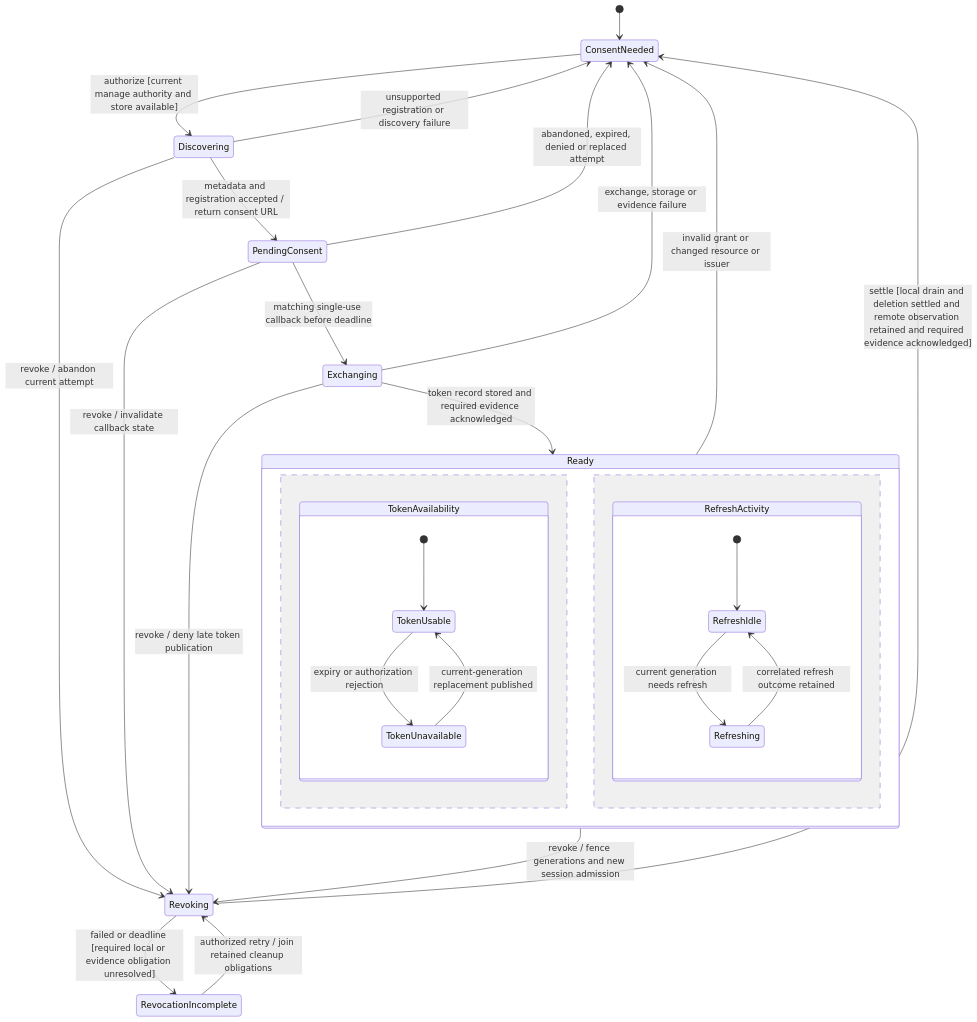
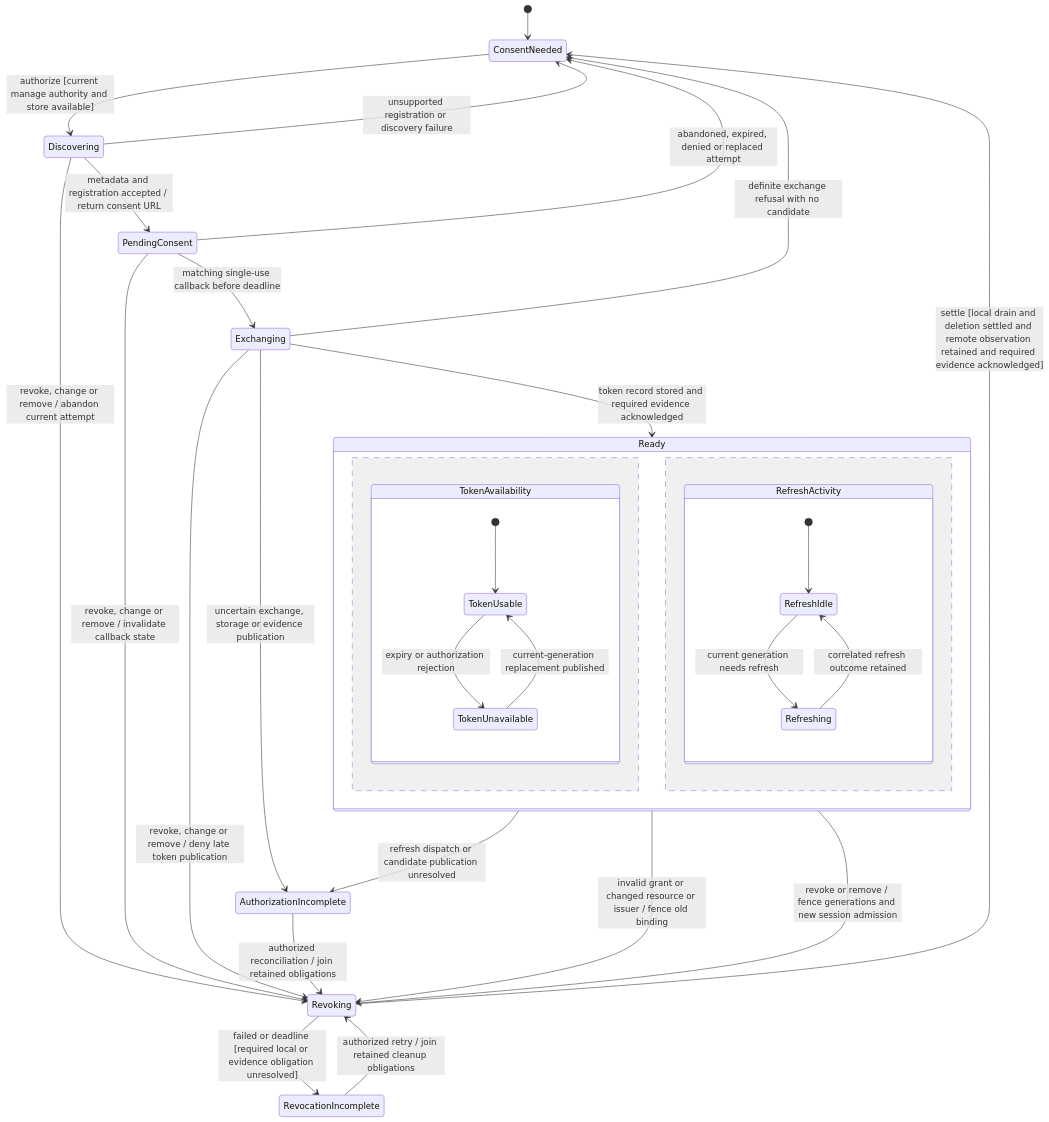
One commit to nessalabs/nessa-agent changed the second of 3 diagrams in docs/adr/todo/392-remote-mcp-servers.md. Above: the diagram before and after it, drawn with Mermaid. The commit also changed other lines of this file, not shown here.

````diff
--- a/docs/adr/todo/392-remote-mcp-servers.md
+++ b/docs/adr/todo/392-remote-mcp-servers.md
@@ -205,32 +305,35 @@
 ```mermaid
 stateDiagram-v2
     [*] --> ConsentNeeded
     ConsentNeeded --> Discovering: authorize [current manage authority and store available]
     Discovering --> PendingConsent: metadata and registration accepted / return consent URL
     Discovering --> ConsentNeeded: unsupported registration or discovery failure
     PendingConsent --> Exchanging: matching single-use callback before deadline
     PendingConsent --> ConsentNeeded: abandoned, expired, denied or replaced attempt
     Exchanging --> Ready: token record stored and required evidence acknowledged
-    Exchanging --> ConsentNeeded: exchange, storage or evidence failure
+    Exchanging --> ConsentNeeded: definite exchange refusal with no candidate
+    Exchanging --> AuthorizationIncomplete: uncertain exchange, storage or evidence publication
     state Ready {
         state TokenAvailability {
             [*] --> TokenUsable
             TokenUsable --> TokenUnavailable: expiry or authorization rejection
             TokenUnavailable --> TokenUsable: current-generation replacement published
         }
         --
         state RefreshActivity {
             [*] --> RefreshIdle
             RefreshIdle --> Refreshing: current generation needs refresh
             Refreshing --> RefreshIdle: correlated refresh outcome retained
         }
     }
-    Ready --> ConsentNeeded: invalid grant or changed resource or issuer
-    Ready --> Revoking: revoke / fence generations and new session admission
-    Discovering --> Revoking: revoke / abandon current attempt
-    PendingConsent --> Revoking: revoke / invalidate callback state
-    Exchanging --> Revoking: revoke / deny late token publication
+    Ready --> Revoking: invalid grant or changed resource or issuer / fence old binding
+    Ready --> AuthorizationIncomplete: refresh dispatch or candidate publication unresolved
+    Ready --> Revoking: revoke or remove / fence generations and new session admission
+    Discovering --> Revoking: revoke, change or remove / abandon current attempt
+    PendingConsent --> Revoking: revoke, change or remove / invalidate callback state
+    Exchanging --> Revoking: revoke, change or remove / deny late token publication
+    AuthorizationIncomplete --> Revoking: authorized reconciliation / join retained obligations
     Revoking --> ConsentNeeded: settle [local drain and deletion settled and remote observation retained and required evidence acknowledged]
     Revoking --> RevocationIncomplete: failed or deadline [required local or evidence obligation unresolved]
     RevocationIncomplete --> Revoking: authorized retry / join retained cleanup obligations
 ```
````
